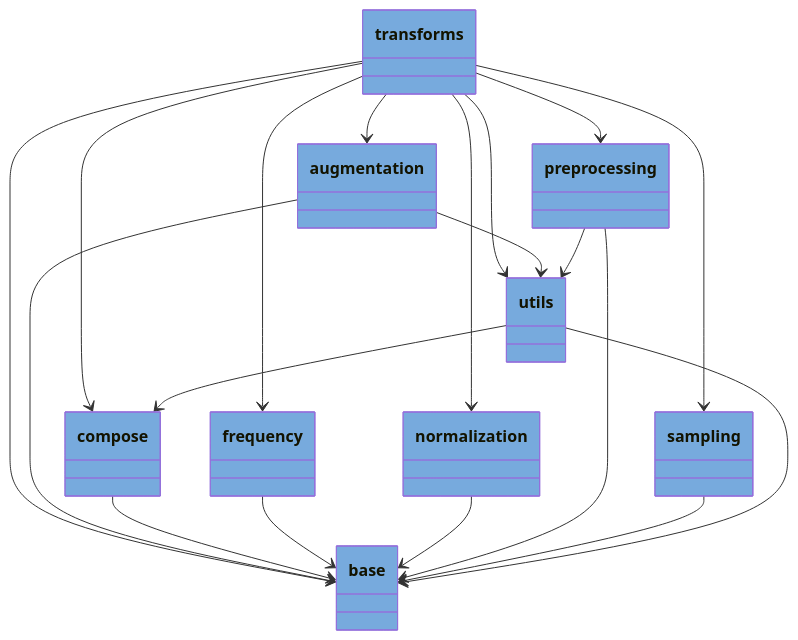
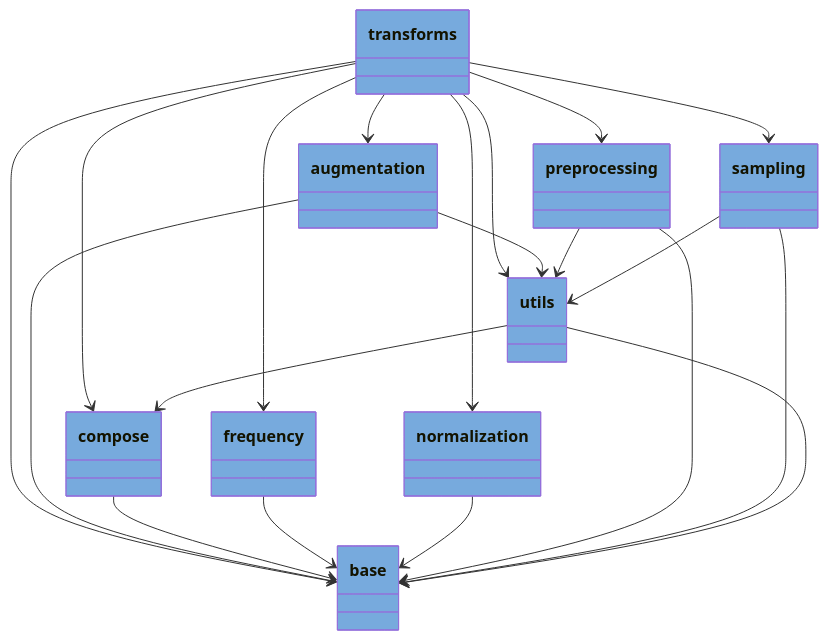
Before and after one commit to voidsy-gmbh/pyThermoNDT: the diagram in docs/pyreverse/mermaid/packages_pythermondt.transforms.mmd, drawn with Mermaid. The commit also changed 10 other files, not shown here.

```diff
--- a/docs/pyreverse/mermaid/packages_pythermondt.transforms.mmd
+++ b/docs/pyreverse/mermaid/packages_pythermondt.transforms.mmd
@@ -1,46 +1,47 @@
 classDiagram
   class transforms {
   }
   style transforms fill:#77AADD
   class augmentation {
   }
   style augmentation fill:#77AADD
   class base {
   }
   style base fill:#77AADD
   class compose {
   }
   style compose fill:#77AADD
   class frequency {
   }
   style frequency fill:#77AADD
   class normalization {
   }
   style normalization fill:#77AADD
   class preprocessing {
   }
   style preprocessing fill:#77AADD
   class sampling {
   }
   style sampling fill:#77AADD
   class utils {
   }
   style utils fill:#77AADD
   transforms --> augmentation
   transforms --> base
   transforms --> compose
   transforms --> frequency
   transforms --> normalization
   transforms --> preprocessing
   transforms --> sampling
   transforms --> utils
   augmentation --> base
   augmentation --> utils
   compose --> base
   frequency --> base
   normalization --> base
   preprocessing --> base
   preprocessing --> utils
   sampling --> base
+  sampling --> utils
   utils --> base
   utils --> compose
```
